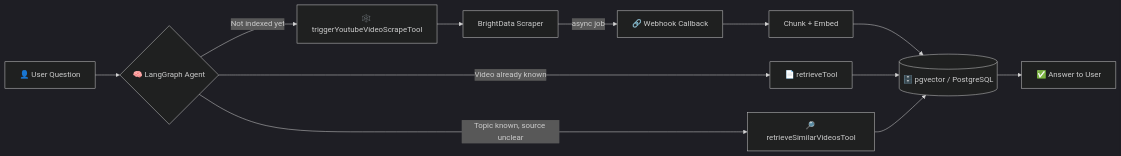
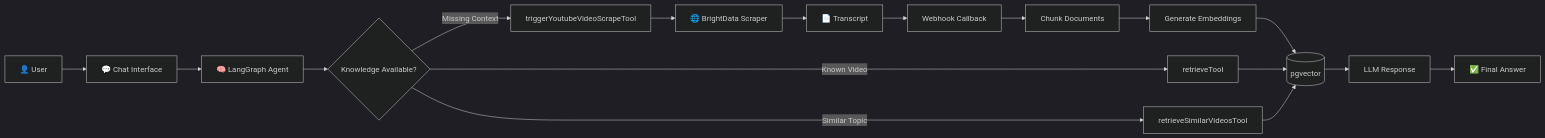
One commit to riyav1606/Document-Retrieval changed the diagram in project.main/client/README.md. Above: the diagram before and after it, drawn with Mermaid (dark theme). The commit also changed other lines of this file, not shown here.

````diff
--- a/project.main/client/README.md
+++ b/project.main/client/README.md
@@ -44,14 +83,37 @@
 ```mermaid
 flowchart LR
-    U[👤 User Question] --> A{🧠 LangGraph Agent}
-    A -->|Video already known| R[📄 retrieveTool]
-    A -->|Topic known, source unclear| S[🔎 retrieveSimilarVideosTool]
-    A -->|Not indexed yet| T[🕸️ triggerYoutubeVideoScrapeTool]
-    T --> BD[BrightData Scraper]
-    BD -->|async job| WH[🔗 Webhook Callback]
-    WH --> EMB[Chunk + Embed]
-    EMB --> DB[(🗄️ pgvector / PostgreSQL)]
-    R --> DB
-    S --> DB
-    DB --> ANS[✅ Answer to User]
+
+A[👤 User]
+
+A --> B[💬 Chat Interface]
+
+B --> C[🧠 LangGraph Agent]
+
+C --> D{Knowledge Available?}
+
+D -->|Known Video| E[retrieveTool]
+
+D -->|Similar Topic| F[retrieveSimilarVideosTool]
+
+D -->|Missing Context| G[triggerYoutubeVideoScrapeTool]
+
+G --> H[🌐 BrightData Scraper]
+
+H --> I[📄 Transcript]
+
+I --> J[Webhook Callback]
+
+J --> K[Chunk Documents]
+
+K --> L[Generate Embeddings]
+
+L --> M[(pgvector)]
+
+E --> M
+
+F --> M
+
+M --> N[LLM Response]
+
+N --> O[✅ Final Answer]
 ```
````
